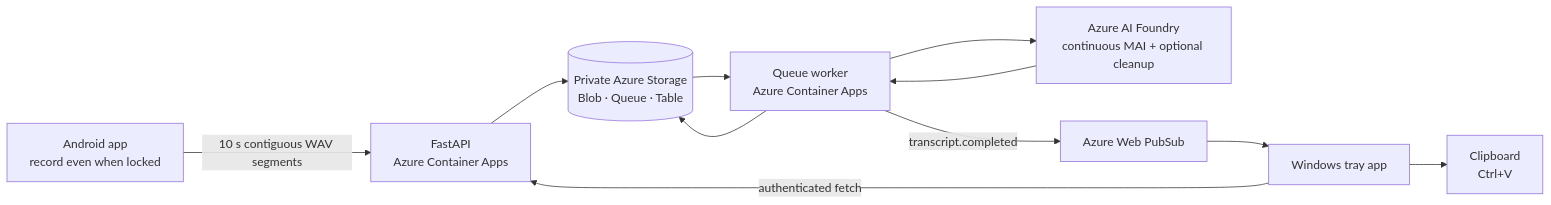
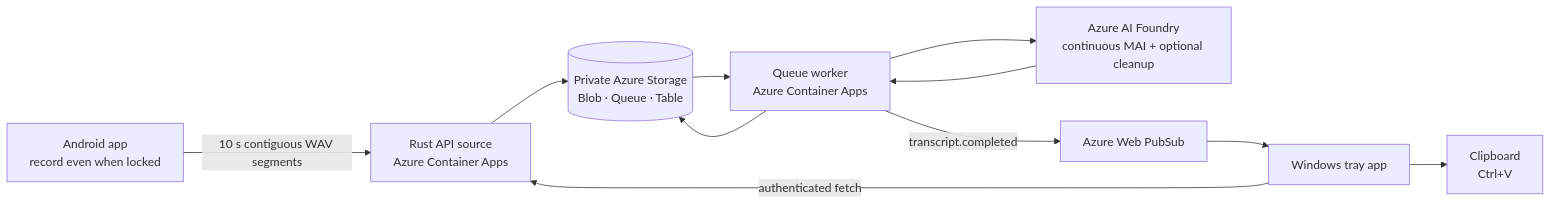
Before and after one commit to tkubica12/cot-voice-recorder: the diagram in README.md, drawn with Mermaid. The commit also changed other lines of this file and 264 other files, not shown here.

````diff
--- a/README.md
+++ b/README.md
@@ -103,22 +112,22 @@
 ```mermaid
 flowchart LR
     A["Android app<br/>record even when locked"]
-    API["FastAPI<br/>Azure Container Apps"]
+    API["Rust API source<br/>Azure Container Apps"]
     ST[("Private Azure Storage<br/>Blob · Queue · Table")]
     WK["Queue worker<br/>Azure Container Apps"]
     AI["Azure AI Foundry<br/>continuous MAI + optional cleanup"]
     WPS["Azure Web PubSub"]
     W["Windows tray app"]
     C["Clipboard<br/>Ctrl+V"]
 
     A -->|"10 s contiguous WAV segments"| API
     API --> ST
     ST --> WK
     WK --> AI
     AI --> WK
     WK --> ST
     WK -->|"transcript.completed"| WPS
     WPS --> W
     W -->|"authenticated fetch"| API
     W --> C
 ```
````
